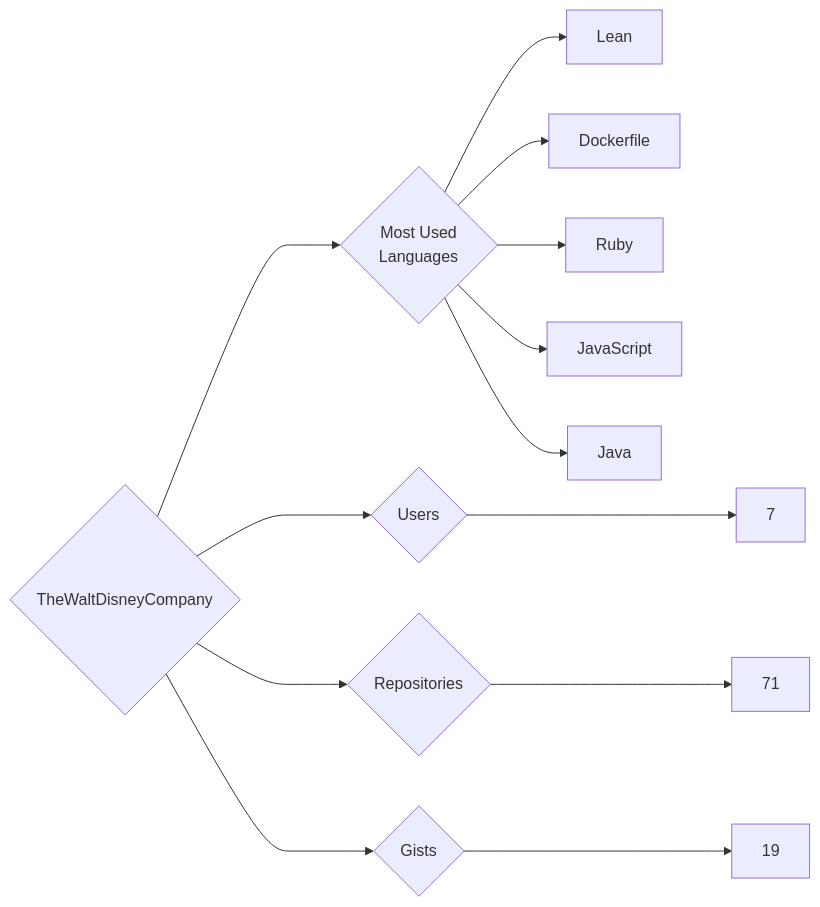
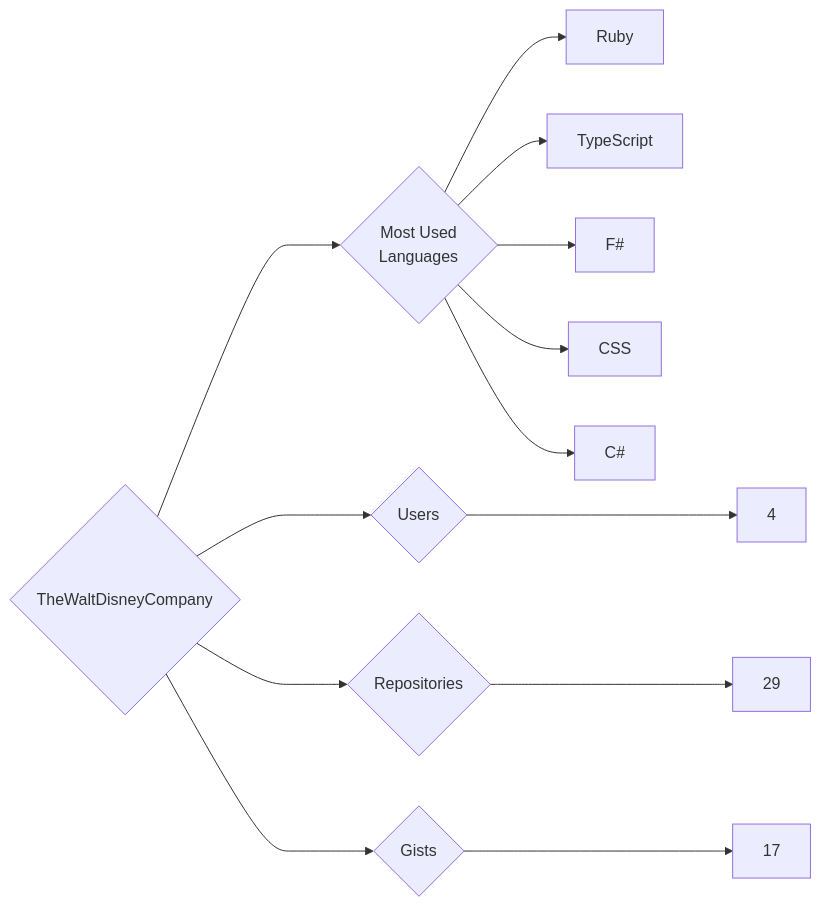
Before and after one commit to trickest/insiders: the diagram in targets/TheWaltDisneyCompany/README.md, drawn with Mermaid. The commit also changed 1484 other files, not shown here.

````diff
--- a/targets/TheWaltDisneyCompany/README.md
+++ b/targets/TheWaltDisneyCompany/README.md
@@ -3,13 +3,13 @@
 ```mermaid
 graph LR
 COMPANY_NAME{TheWaltDisneyCompany}
-COMPANY_NAME ---> U{Users} ---> UN[7]
-COMPANY_NAME ---> R{Repositories} ---> RN[71]
-COMPANY_NAME ---> G{Gists} ---> GN[19]
+COMPANY_NAME ---> U{Users} ---> UN[4]
+COMPANY_NAME ---> R{Repositories} ---> RN[29]
+COMPANY_NAME ---> G{Gists} ---> GN[17]
 COMPANY_NAME ---> ML{Most Used<br>Languages}
-ML --> Lean[Lean]
-ML --> Dockerfile[Dockerfile]
 ML --> Ruby[Ruby]
-ML --> JavaScript[JavaScript]
-ML --> Java[Java]
+ML --> TypeScript[TypeScript]
+ML --> F#[F#]
+ML --> CSS[CSS]
+ML --> C#[C#]
 ```
````
